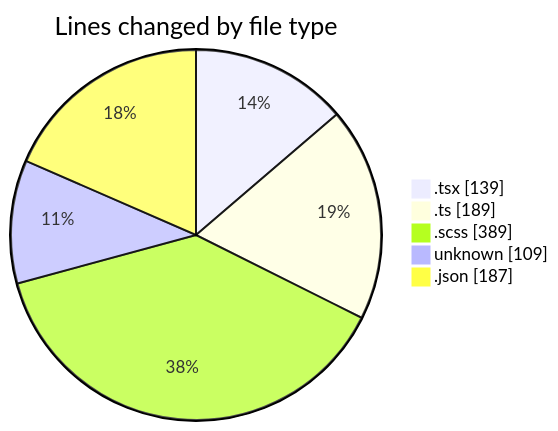
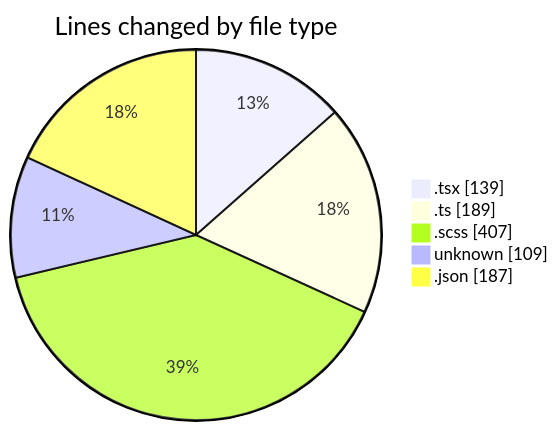
One commit to momahboobian/code-tracking changed the first of 2 diagrams in 2026-04-15/cda/README.md. Above: the diagram before and after it, drawn with Mermaid. The commit also changed other lines of this file and 1 other file, not shown here.

````diff
--- a/2026-04-15/cda/README.md
+++ b/2026-04-15/cda/README.md
@@ -32,9 +32,9 @@
 ```mermaid
 pie showData
 title Lines changed by file type
 ".tsx" : 139
 ".ts" : 189
-".scss" : 389
+".scss" : 407
 "unknown" : 109
 ".json" : 187
 ```
````
